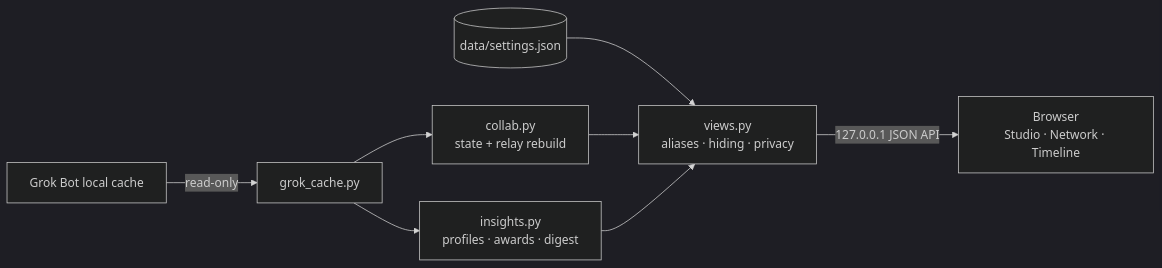
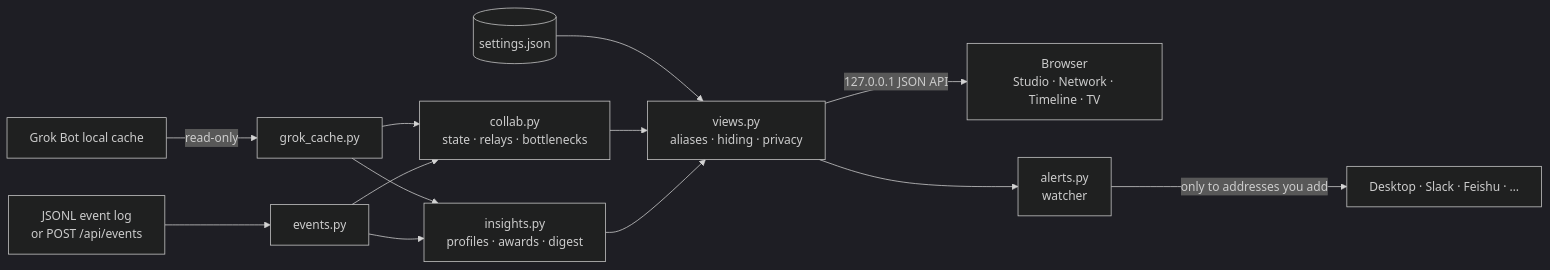
One commit to Olivia295/grokbot-team-monitor-UI changed the diagram in README.md. Above: the diagram before and after it, drawn with Mermaid (dark theme). The commit also changed other lines of this file and 41 other files, not shown here.

First line of the commit message:
v0.4: online demo, alerts, event adapter, bottlenecks, search, export, packaging, big screen

````diff
--- a/README.md
+++ b/README.md
@@ -159,10 +256,14 @@
 ```mermaid
 flowchart LR
   A[Grok Bot local cache] -->|read-only| B[grok_cache.py]
-  B --> C[collab.py<br/>state + relay rebuild]
+  J[JSONL event log<br/>or POST /api/events] --> K[events.py]
+  B --> C[collab.py<br/>state · relays · bottlenecks]
+  K --> C
   B --> D[insights.py<br/>profiles · awards · digest]
-  S[(data/settings.json)] --> E
+  K --> D
+  S[(settings.json)] --> E
   C --> E[views.py<br/>aliases · hiding · privacy]
   D --> E
-  E -->|127.0.0.1 JSON API| F[Browser<br/>Studio · Network · Timeline]
+  E -->|127.0.0.1 JSON API| F[Browser<br/>Studio · Network · Timeline · TV]
+  E --> W[alerts.py<br/>watcher] -->|only to addresses you add| N[Desktop · Slack · Feishu · …]
 ```
````
